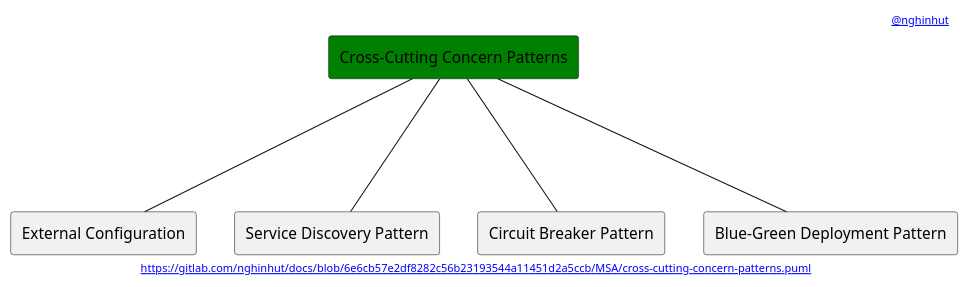
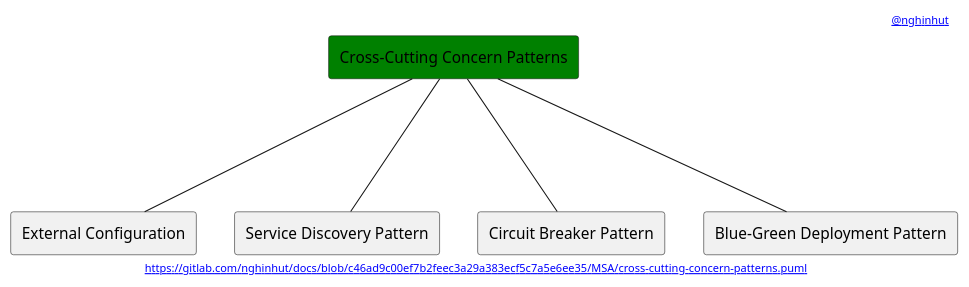
One commit to nghinhut/docs changed the diagram in MSA/cross-cutting-concern-patterns.puml. Above: the diagram before and after it, drawn with PlantUML. The commit also changed 37 other files, not shown here.

```diff
--- a/MSA/cross-cutting-concern-patterns.puml
+++ b/MSA/cross-cutting-concern-patterns.puml
@@ -1,18 +1,18 @@
 @startuml
 '-----START auto generated metadata please keep comment here to allow auto update-----
 '-----DON'T EDIT THIS SECTION, INSTEAD RE-RUN prebuild.sh TO UPDATE-----
-header [[https://www.nghinhut.dev?from=http%5C%3A%5C%2F%5C%2Fwww%5C.plantuml%5C.com%5C%2Fplantuml%5C%2Fproxy%3Ffmt%3Dsvg%5C%26src%3Dhttps%5C%3A%5C%2F%5C%2Fgitlab%5C.com%5C%2Fnghinhut%5C%2Fdocs%5C%2Fraw%5C%2F6e6cb57e2df8282c56b23193544a11451d2a5ccb%5C%2FMSA%5C%2Fcross-cutting-concern-patterns%5C.puml%0A @nghinhut]]
-footer [[http://www.plantuml.com/plantuml/proxy?fmt=svg&src=https://gitlab.com/nghinhut/docs/raw/6e6cb57e2df8282c56b23193544a11451d2a5ccb/MSA/cross-cutting-concern-patterns.puml https://gitlab.com/nghinhut/docs/blob/6e6cb57e2df8282c56b23193544a11451d2a5ccb/MSA/cross-cutting-concern-patterns.puml]]
+header [[https://www.nghinhut.dev?from=http%5C%3A%5C%2F%5C%2Fwww%5C.plantuml%5C.com%5C%2Fplantuml%5C%2Fproxy%3Ffmt%3Dsvg%5C%26src%3Dhttps%5C%3A%5C%2F%5C%2Fgitlab%5C.com%5C%2Fnghinhut%5C%2Fdocs%5C%2Fraw%5C%2Fc46ad9c00ef7b2feec3a29a383ecf5c7a5e6ee35%5C%2FMSA%5C%2Fcross-cutting-concern-patterns%5C.puml%0A @nghinhut]]
+footer [[http://www.plantuml.com/plantuml/proxy?fmt=svg&src=https://gitlab.com/nghinhut/docs/raw/c46ad9c00ef7b2feec3a29a383ecf5c7a5e6ee35/MSA/cross-cutting-concern-patterns.puml https://gitlab.com/nghinhut/docs/blob/c46ad9c00ef7b2feec3a29a383ecf5c7a5e6ee35/MSA/cross-cutting-concern-patterns.puml]]
 '-----END auto generated metadata please keep comment here to allow auto update-----
 
 rectangle "Cross-Cutting Concern Patterns" as CrossCuttingConcern #green
 
 rectangle "External Configuration" as CrossCuttingConcernP1
 rectangle "Service Discovery Pattern" as CrossCuttingConcernP2
 rectangle "Circuit Breaker Pattern" as CrossCuttingConcernP3
 rectangle "Blue-Green Deployment Pattern" as CrossCuttingConcernP4
 CrossCuttingConcern --- CrossCuttingConcernP1
 CrossCuttingConcern --- CrossCuttingConcernP2
 CrossCuttingConcern --- CrossCuttingConcernP3
 CrossCuttingConcern --- CrossCuttingConcernP4
 @enduml
```
